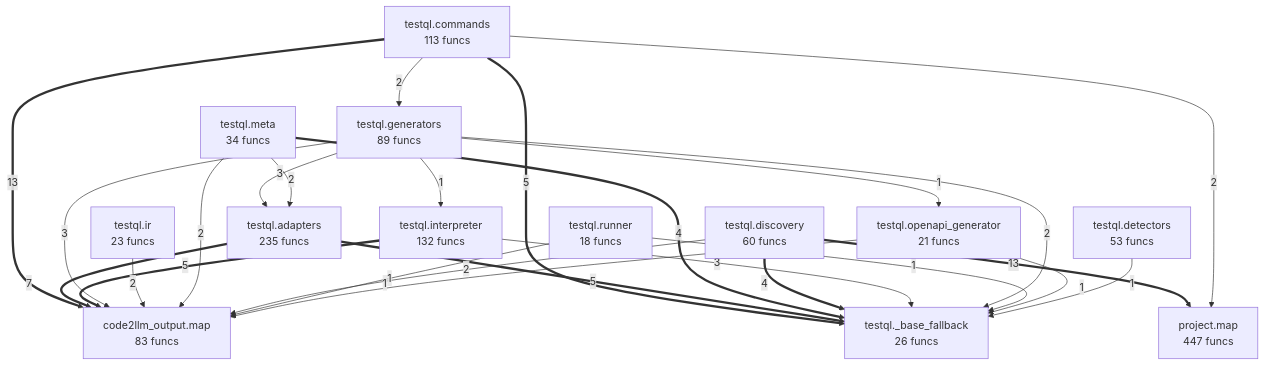
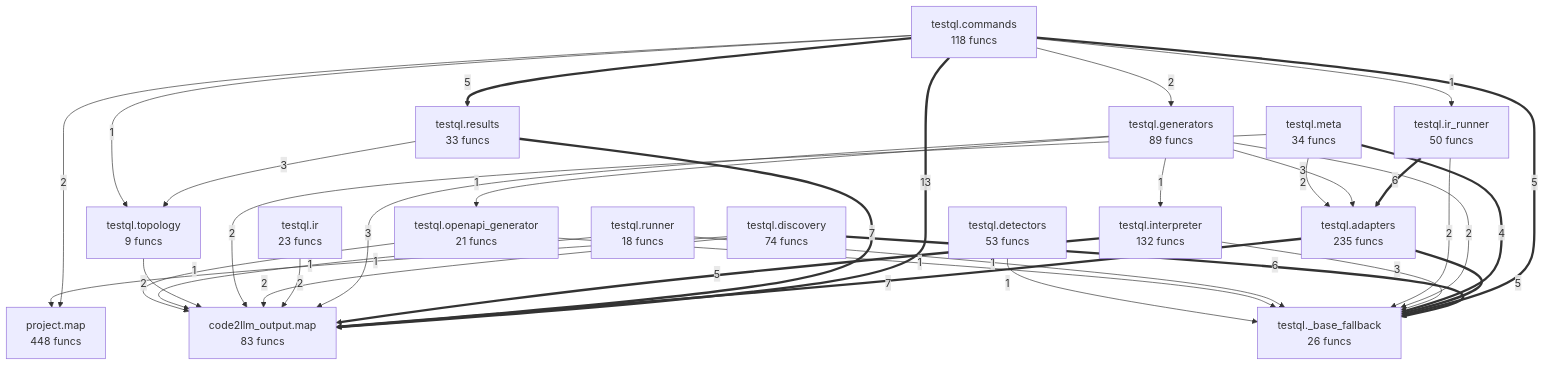
One commit to oqlos/testql changed the diagram in project/compact_flow.mmd. Above: the diagram before and after it, drawn with Mermaid. The commit also changed 81 other files, not shown here.

```diff
--- a/project/compact_flow.mmd
+++ b/project/compact_flow.mmd
@@ -1,39 +1,50 @@
 flowchart TD
     code2llm_output__map["code2llm_output.map<br/>83 funcs"]
-    project__map["project.map<br/>447 funcs"]
+    project__map["project.map<br/>448 funcs"]
     testql___base_fallback["testql._base_fallback<br/>26 funcs"]
     testql__adapters["testql.adapters<br/>235 funcs"]
-    testql__commands["testql.commands<br/>113 funcs"]
+    testql__commands["testql.commands<br/>118 funcs"]
     testql__detectors["testql.detectors<br/>53 funcs"]
-    testql__discovery["testql.discovery<br/>60 funcs"]
+    testql__discovery["testql.discovery<br/>74 funcs"]
     testql__generators["testql.generators<br/>89 funcs"]
     testql__interpreter["testql.interpreter<br/>132 funcs"]
     testql__ir["testql.ir<br/>23 funcs"]
+    testql__ir_runner["testql.ir_runner<br/>50 funcs"]
     testql__meta["testql.meta<br/>34 funcs"]
     testql__openapi_generator["testql.openapi_generator<br/>21 funcs"]
+    testql__results["testql.results<br/>33 funcs"]
     testql__runner["testql.runner<br/>18 funcs"]
+    testql__topology["testql.topology<br/>9 funcs"]
     testql__commands ==>|13| code2llm_output__map
-    testql__discovery ==>|13| project__map
     testql__adapters ==>|7| code2llm_output__map
+    testql__results ==>|7| code2llm_output__map
+    testql__discovery ==>|6| testql___base_fallback
+    testql__ir_runner ==>|6| testql__adapters
     testql__commands ==>|5| testql___base_fallback
     testql__interpreter ==>|5| code2llm_output__map
     testql__adapters ==>|5| testql___base_fallback
+    testql__commands ==>|5| testql__results
     testql__meta ==>|4| testql___base_fallback
-    testql__discovery ==>|4| testql___base_fallback
     testql__interpreter -->|3| testql___base_fallback
     testql__generators -->|3| code2llm_output__map
     testql__generators -->|3| testql__adapters
+    testql__results -->|3| testql__topology
+    testql__commands -->|2| project__map
     testql__commands -->|2| testql__generators
     testql__ir -->|2| code2llm_output__map
+    testql__discovery -->|2| code2llm_output__map
     testql__generators -->|2| testql___base_fallback
-    testql__commands -->|2| project__map
     testql__meta -->|2| code2llm_output__map
     testql__meta -->|2| testql__adapters
-    testql__discovery -->|2| code2llm_output__map
+    testql__ir_runner -->|2| testql___base_fallback
+    testql__topology -->|2| code2llm_output__map
     testql__runner -->|1| code2llm_output__map
     testql__runner -->|1| testql___base_fallback
     testql__openapi_generator -->|1| code2llm_output__map
     testql__openapi_generator -->|1| testql___base_fallback
     testql__generators -->|1| testql__openapi_generator
     testql__generators -->|1| testql__interpreter
     testql__detectors -->|1| testql___base_fallback
+    testql__discovery -->|1| project__map
+    testql__commands -->|1| testql__topology
+    testql__commands -->|1| testql__ir_runner
```
